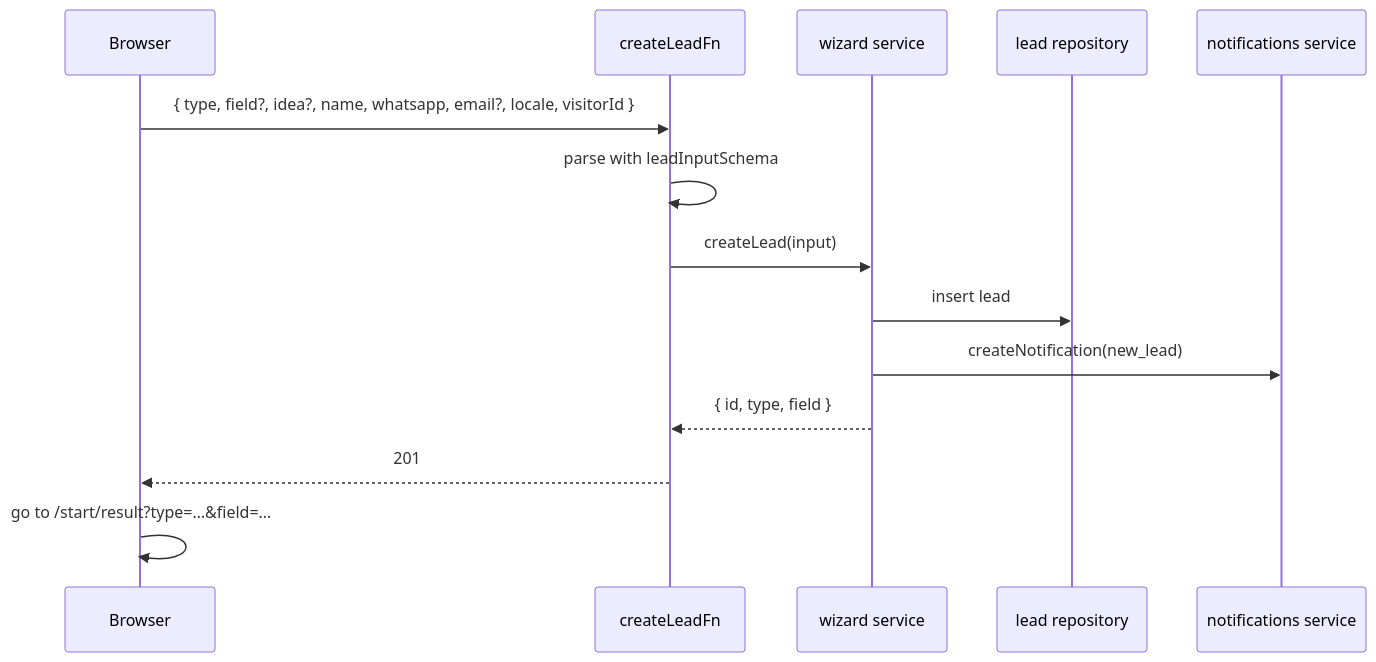
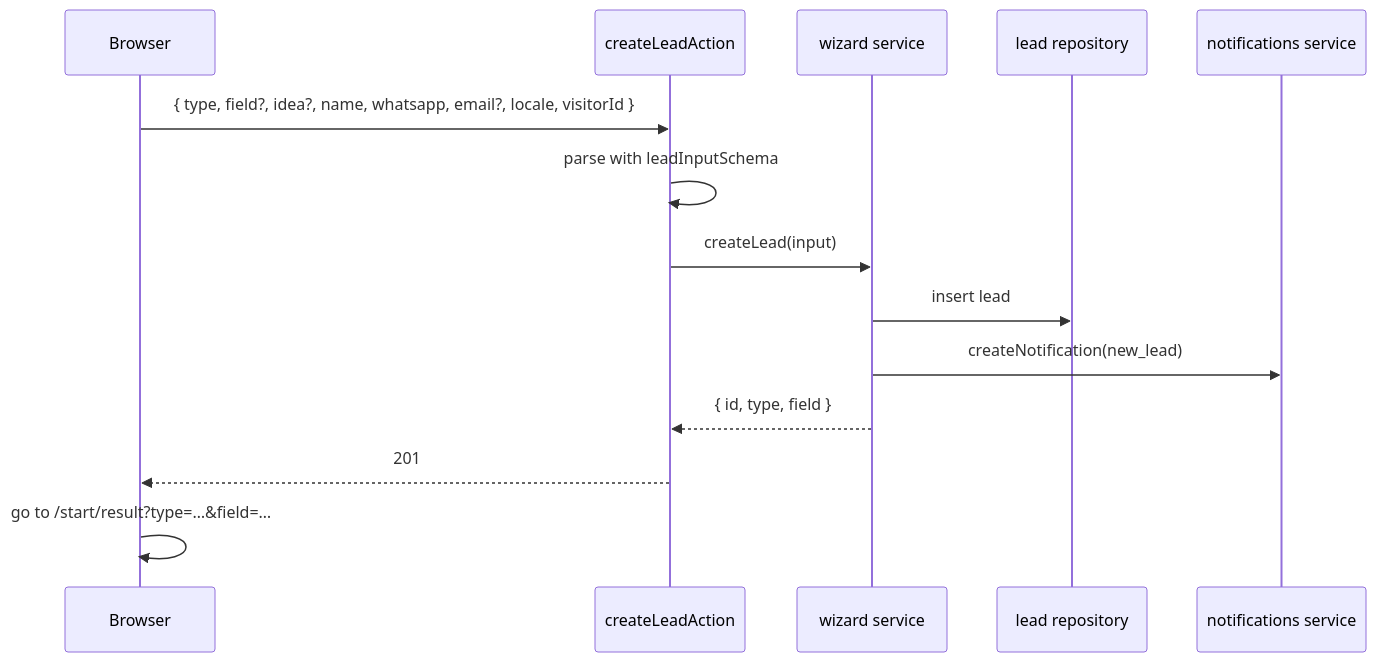
The second of 2 diagrams in docs/features/wizard.md (AhmedElnagarUU/Demmoss), drawn with Mermaid before and after one commit. The commit also changed other lines of this file and 19 other files, not shown here.

````diff
--- a/docs/features/wizard.md
+++ b/docs/features/wizard.md
@@ -66,16 +66,16 @@
 ```mermaid
 sequenceDiagram
   participant B as Browser
-  participant R as createLeadFn
+  participant R as createLeadAction
   participant S as wizard service
   participant Rep as lead repository
   participant N as notifications service
   B->>R: { type, field?, idea?, name, whatsapp, email?, locale, visitorId }
   R->>R: parse with leadInputSchema
   R->>S: createLead(input)
   S->>Rep: insert lead
   S->>N: createNotification(new_lead)
   S-->>R: { id, type, field }
   R-->>B: 201
   B->>B: go to /start/result?type=…&field=…
 ```
````
